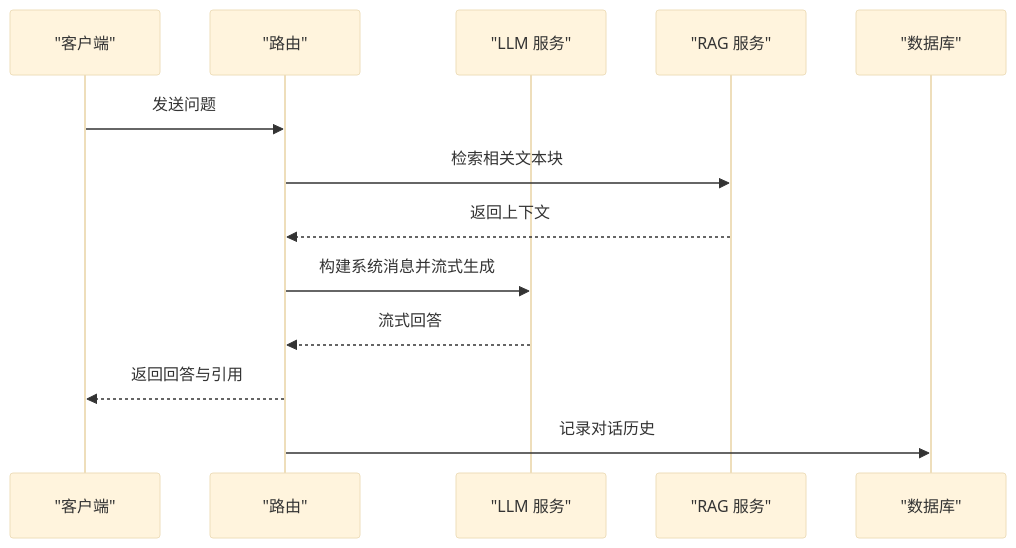
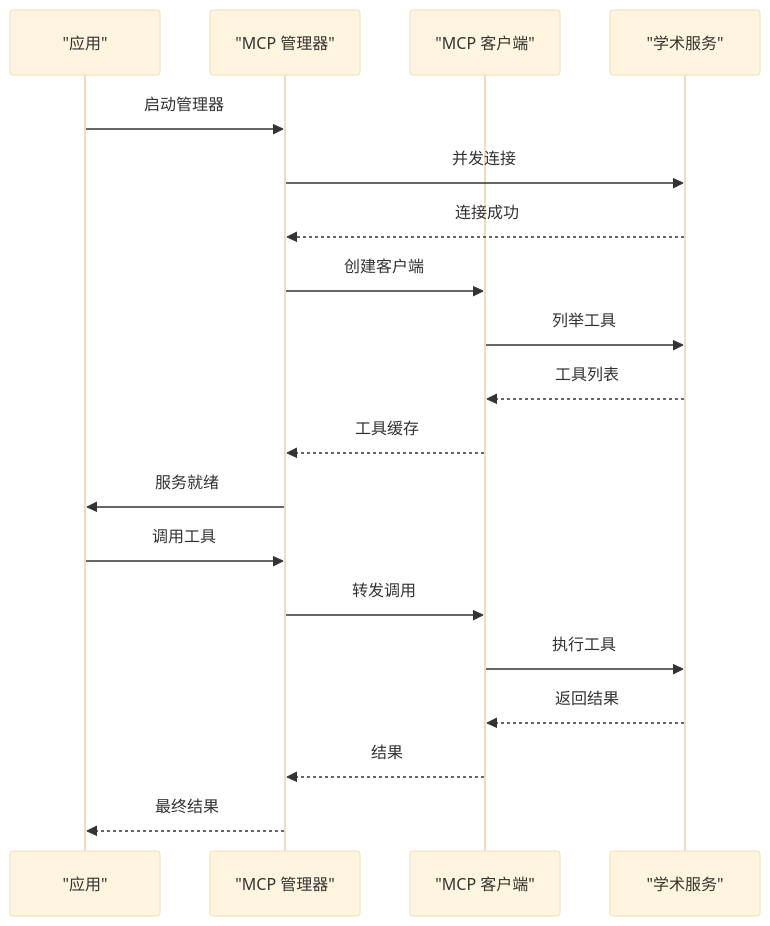
One commit to laohanhahaha/PaperChat changed the fifth of 8 diagrams in .qoder/repowiki/zh/content/后端系统/后端系统.md. Above: the diagram before and after it, drawn with Mermaid (base theme). The commit also changed other lines of this file and 59 other files, not shown here.

````diff
--- a/.qoder/repowiki/zh/content/后端系统/后端系统.md
+++ b/.qoder/repowiki/zh/content/后端系统/后端系统.md
@@ -245,15 +256,21 @@
 ```mermaid
 sequenceDiagram
-participant C as "客户端"
-participant R as "路由"
-participant L as "LLM 服务"
-participant RAG as "RAG 服务"
-participant DB as "数据库"
-C->>R : 发送问题
-R->>RAG : 检索相关文本块
-RAG-->>R : 返回上下文
-R->>L : 构建系统消息并流式生成
-L-->>R : 流式回答
-R-->>C : 返回回答与引用
-R->>DB : 记录对话历史
+participant App as "应用"
+participant Manager as "MCP 管理器"
+participant Client as "MCP 客户端"
+participant Server as "学术服务"
+App->>Manager : 启动管理器
+Manager->>Server : 并发连接
+Server-->>Manager : 连接成功
+Manager->>Client : 创建客户端
+Client->>Server : 列举工具
+Server-->>Client : 工具列表
+Client-->>Manager : 工具缓存
+Manager->>App : 服务就绪
+App->>Manager : 调用工具
+Manager->>Client : 转发调用
+Client->>Server : 执行工具
+Server-->>Client : 返回结果
+Client-->>Manager : 结果
+Manager-->>App : 最终结果
 ```
````
